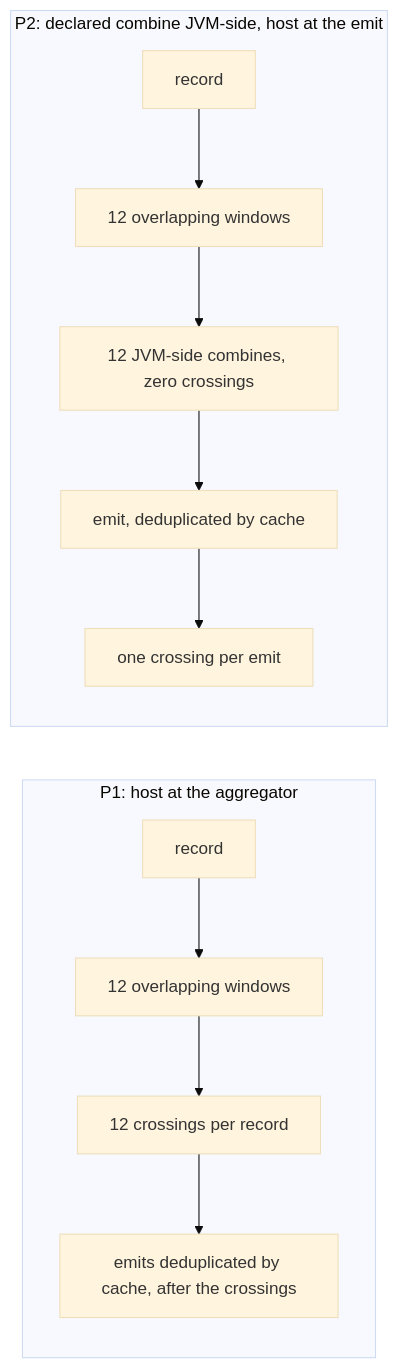
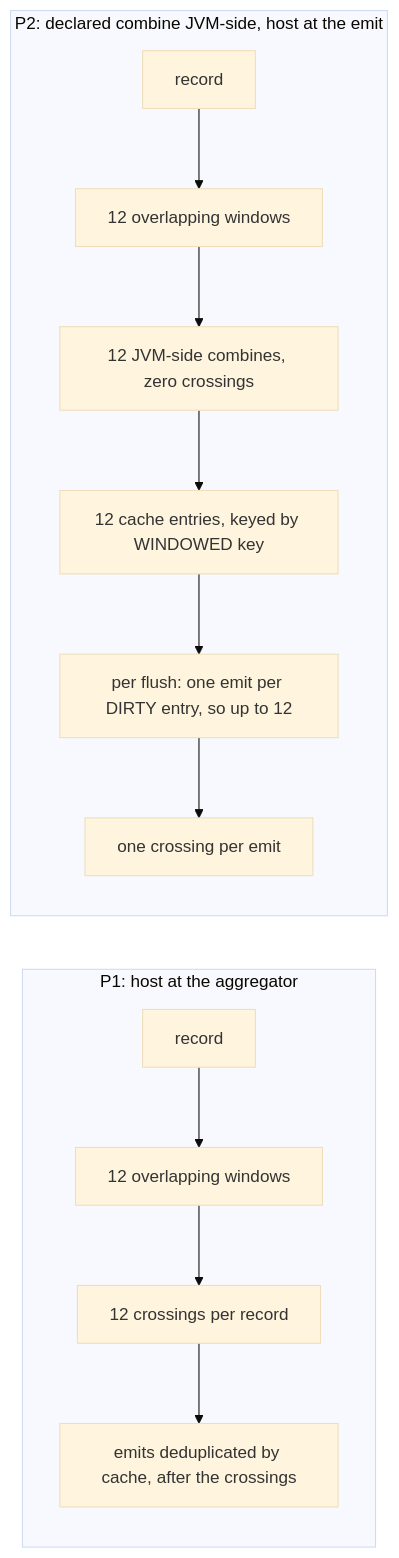
One commit to astubbs/parallel-consumer changed the first of 4 diagrams in docs/plans/2026-08-25-001-feat-streams-windowed-aggregation-plan.md. Above: the diagram before and after it, drawn with Mermaid (base theme). The commit also changed other lines of this file, not shown here.

````diff
--- a/docs/plans/2026-08-25-001-feat-streams-windowed-aggregation-plan.md
+++ b/docs/plans/2026-08-25-001-feat-streams-windowed-aggregation-plan.md
@@ -148,14 +165,15 @@
 ```mermaid
 flowchart LR
     subgraph P1[P1: host at the aggregator]
         R1[record] --> A1[12 overlapping windows]
         A1 --> X1[12 crossings per record]
         X1 --> E1[emits deduplicated by cache, after the crossings]
     end
     subgraph P2[P2: declared combine JVM-side, host at the emit]
         R2[record] --> A2[12 overlapping windows]
         A2 --> C2[12 JVM-side combines, zero crossings]
-        C2 --> E2[emit, deduplicated by cache]
+        C2 --> K2[12 cache entries, keyed by WINDOWED key]
+        K2 --> E2[per flush: one emit per DIRTY entry, so up to 12]
         E2 --> X2[one crossing per emit]
     end
 ```
````
